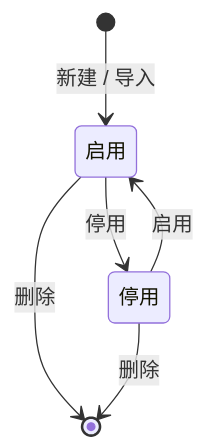
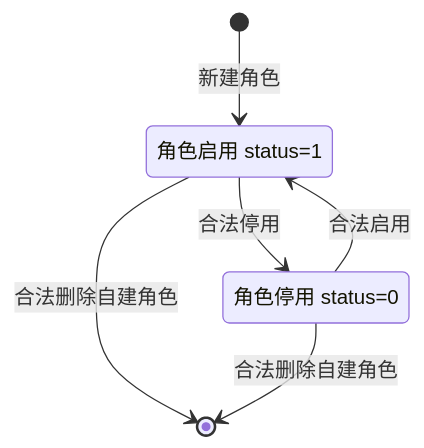
The third of 3 diagrams in docs/uml/state-diagrams.md (wenjiu-leng66/OO-d), drawn with Mermaid before and after one commit. The commit also changed other lines of this file and 41 other files, not shown here.

````diff
--- a/docs/uml/state-diagrams.md
+++ b/docs/uml/state-diagrams.md
@@ -31,11 +37,10 @@
 ```mermaid
 stateDiagram-v2
-  state "启用" as RoleEnabled
-  state "停用" as RoleDisabled
-
-  [*] --> RoleEnabled : 新建 / 导入
-  RoleEnabled --> RoleDisabled : 停用
-  RoleDisabled --> RoleEnabled : 启用
-  RoleEnabled --> [*] : 删除
-  RoleDisabled --> [*] : 删除
+  state "角色启用 status=1" as On
+  state "角色停用 status=0" as Off
+  [*] --> On : 新建角色
+  On --> Off : 合法停用
+  Off --> On : 合法启用
+  On --> [*] : 合法删除自建角色
+  Off --> [*] : 合法删除自建角色
 ```
````
